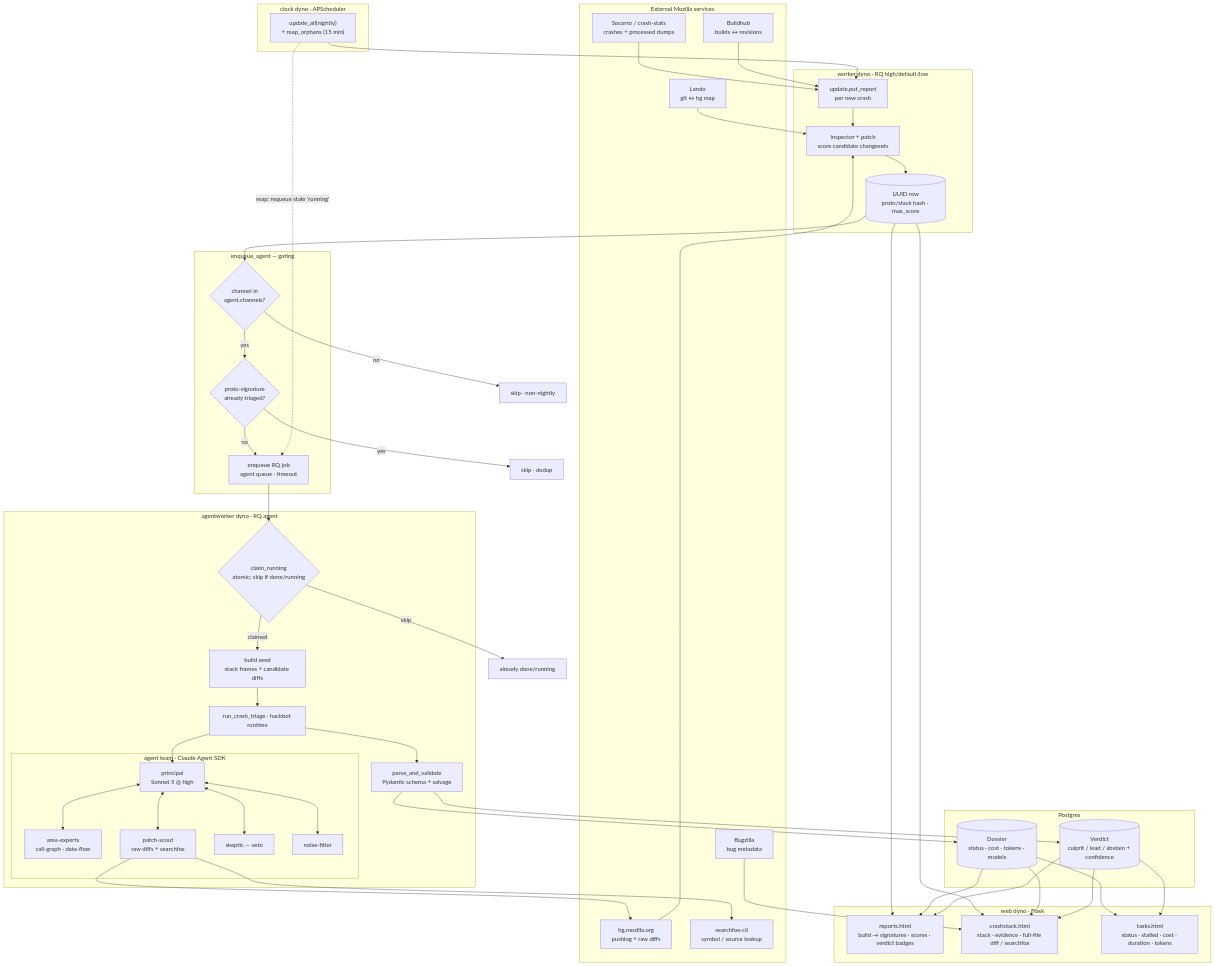
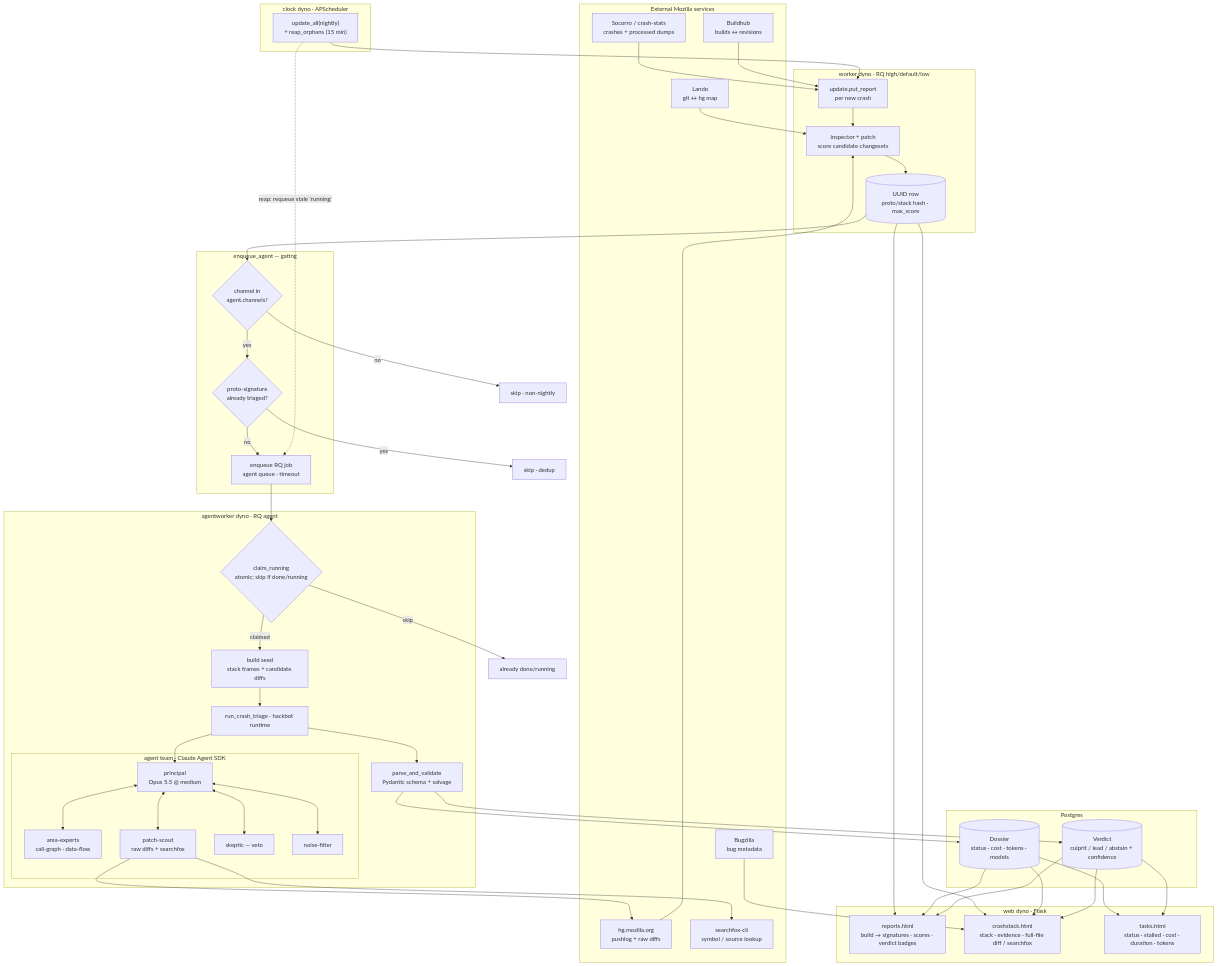
One commit to mozilla/crash-clouseau changed the first of 2 diagrams in docs/architecture.md. Above: the diagram before and after it, drawn with Mermaid. The commit also changed other lines of this file and 18 other files, not shown here.

First line of the commit message:
[agent] configure Opus 5.5 at medium effort

```diff
--- a/docs/architecture.md
+++ b/docs/architecture.md
@@ -40,7 +40,7 @@
         SEED["build seed<br/>stack frames + candidate diffs"]
         TRIAGE["run_crash_triage · hackbot runtime"]
         subgraph TEAM["agent team · Claude Agent SDK"]
-            PRINCIPAL["principal<br/>Sonnet 5 @ high"]
+            PRINCIPAL["principal<br/>Opus 5.5 @ medium"]
             EXPERTS["area-experts<br/>call-graph · data-flow"]
             SCOUT["patch-scout<br/>raw diffs + searchfox"]
             SKEPTIC["skeptic — veto"]
```
